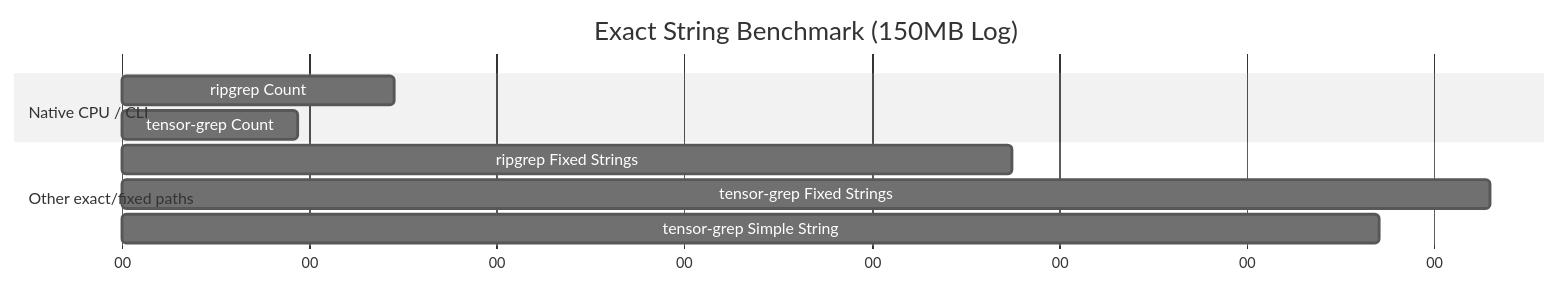
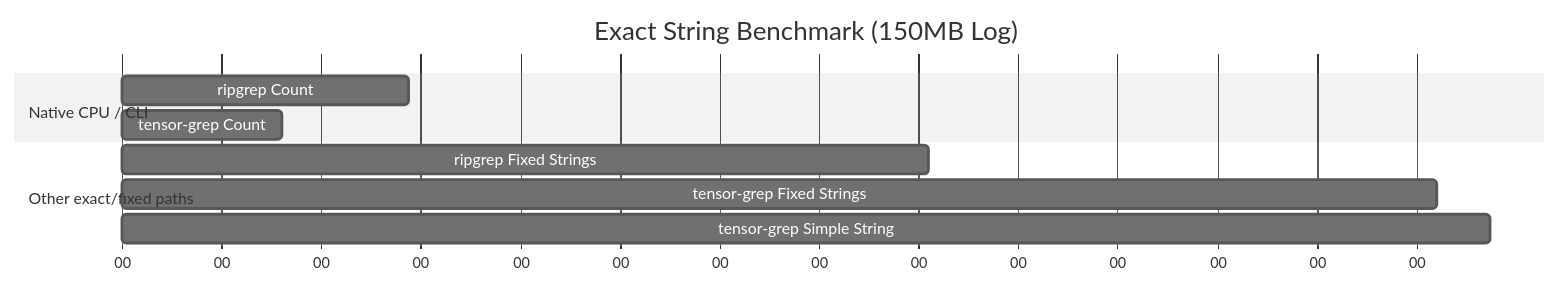
The third of 3 diagrams in docs/PAPER.md (oimiragieo/tensor-grep), drawn with Mermaid (neutral theme) before and after one commit. The commit also changed other lines of this file and 1 other file, not shown here.

````diff
--- a/docs/PAPER.md
+++ b/docs/PAPER.md
@@ -128,15 +127,15 @@
 ```mermaid
 gantt
     title Exact String Benchmark (150MB Log)
     dateFormat  s
     axisFormat %S
     
     section Native CPU / CLI
-    ripgrep Count              :a1, 0, 0.145s
-    tensor-grep Count          :a2, 0, 0.094s
+    ripgrep Count              :a1, 0, 0.144s
+    tensor-grep Count          :a2, 0, 0.080s
     
     section Other exact/fixed paths
-    ripgrep Fixed Strings      :a3, 0, 0.475s
-    tensor-grep Fixed Strings  :a4, 0, 0.730s
-    tensor-grep Simple String  :a5, 0, 0.671s
+    ripgrep Fixed Strings      :a3, 0, 0.405s
+    tensor-grep Fixed Strings  :a4, 0, 0.660s
+    tensor-grep Simple String  :a5, 0, 0.687s
 ```
````
